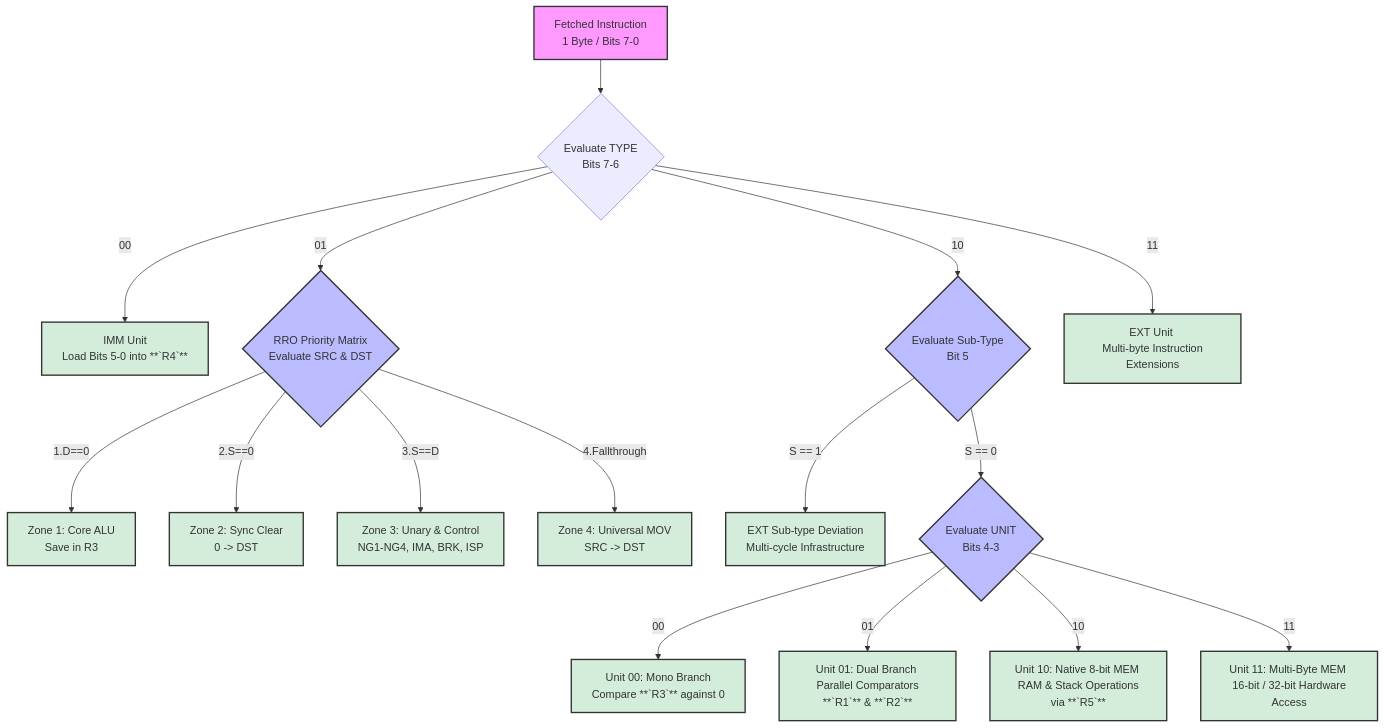
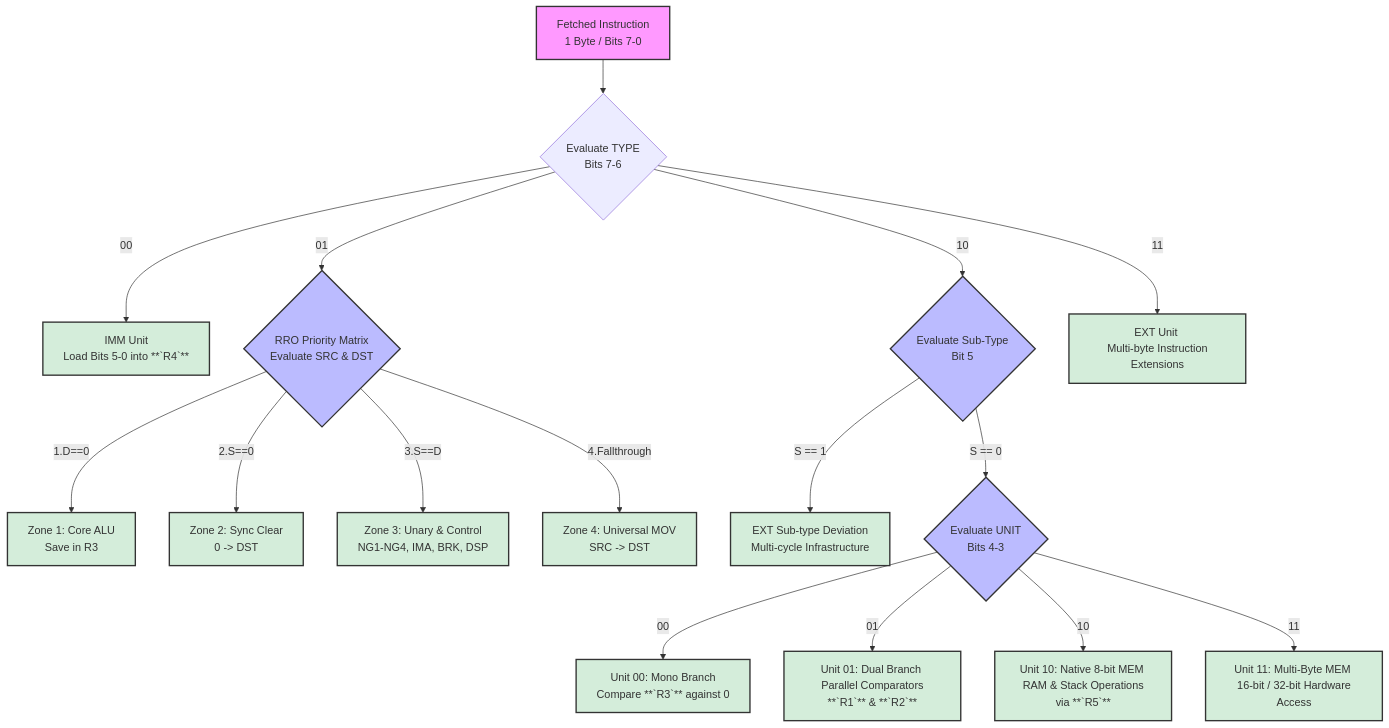
Before and after one commit to mercierallen/ALLEN-ISA-Documentation: the diagram in documentation/Decoding_Tree.md, drawn with Mermaid. The commit also changed 7 other files, not shown here.

````diff
--- a/documentation/Decoding_Tree.md
+++ b/documentation/Decoding_Tree.md
@@ -5,56 +5,56 @@
 ```mermaid
 graph TD
 %% Styling
 classDef root fill:#f9f,stroke:#333,stroke-width:2px;
 classDef type fill:#bbf,stroke:#333,stroke-width:2px;
 classDef gate fill:#ffe3cc,stroke:#333,stroke-width:1px;
 classDef unit fill:#d4edda,stroke:#333,stroke-width:2px;
 
 %% Instruction Root
 Instruction[Fetched Instruction <br> 1 Byte / Bits 7-0] --> TypeSplit{Evaluate TYPE <br> Bits 7-6}
 class Instruction root;
 
 %% =========================================================================
 %% TYPE 00: IMM
 %% =========================================================================
 TypeSplit -- "00" --> IMM_Unit[IMM Unit <br> Load Bits 5-0 into **`R4`**]
 class IMM_Unit unit;
 
 %% =========================================================================
 %% TYPE 01: RRO
 %% =========================================================================
 TypeSplit -- "01" --> RRO_Tree{RRO Priority Matrix <br> Evaluate SRC & DST}
 class RRO_Tree type;
 
 RRO_Tree-->|1.D==0|RRO_Z1[Zone 1: Core ALU <br> Save in R3]
 RRO_Tree-->|2.S==0|RRO_Z2[Zone 2: Sync Clear <br> 0 -> DST]
-RRO_Tree-->|3.S==D|RRO_Z3[Zone 3: Unary & Control <br> NG1-NG4, IMA, BRK, ISP]
+RRO_Tree-->|3.S==D|RRO_Z3[Zone 3: Unary & Control <br> NG1-NG4, IMA, BRK, DSP]
 RRO_Tree-->|4.Fallthrough|RRO_Z4[Zone 4: Universal MOV <br> SRC -> DST]
 
 class RRO_Z1,RRO_Z2,RRO_Z3,RRO_Z4 unit;
 
 %% =========================================================================
 %% TYPE 10: MPU
 %% =========================================================================
 TypeSplit -- "10" --> MPU_S{Evaluate Sub-Type <br> Bit 5}
 class MPU_S type;
 
 MPU_S -- "S == 1" --> EXT_Deviation[EXT Sub-type Deviation <br> Multi-cycle Infrastructure]
 class EXT_Deviation unit;
 
 MPU_S -- "S == 0" --> MPU_Unit{Evaluate UNIT <br> Bits 4-3}
 class MPU_Unit type;
 
 MPU_Unit -- "00" --> MPU_U00[Unit 00: Mono Branch <br> Compare **`R3`** against 0]
 MPU_Unit -- "01" --> MPU_U01[Unit 01: Dual Branch <br> Parallel Comparators **`R1`** & **`R2`**]
 MPU_Unit -- "10" --> MPU_U10[Unit 10: Native 8-bit MEM <br> RAM & Stack Operations via **`R5`**]
 MPU_Unit -- "11" --> MPU_U11[Unit 11: Multi-Byte MEM <br> 16-bit / 32-bit Hardware Access]
 
 class MPU_U00,MPU_U01,MPU_U10,MPU_U11 unit;
 
 %% =========================================================================
 %% TYPE 11: EXT
 %% =========================================================================
 TypeSplit -- "11" --> EXT_Unit[EXT Unit <br> Multi-byte Instruction Extensions]
 class EXT_Unit unit;
 ```
````
